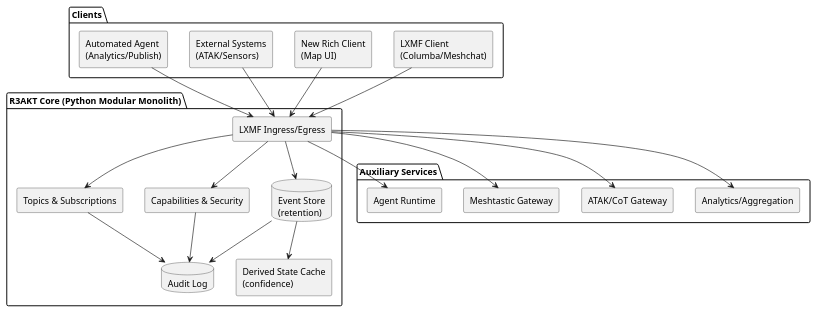
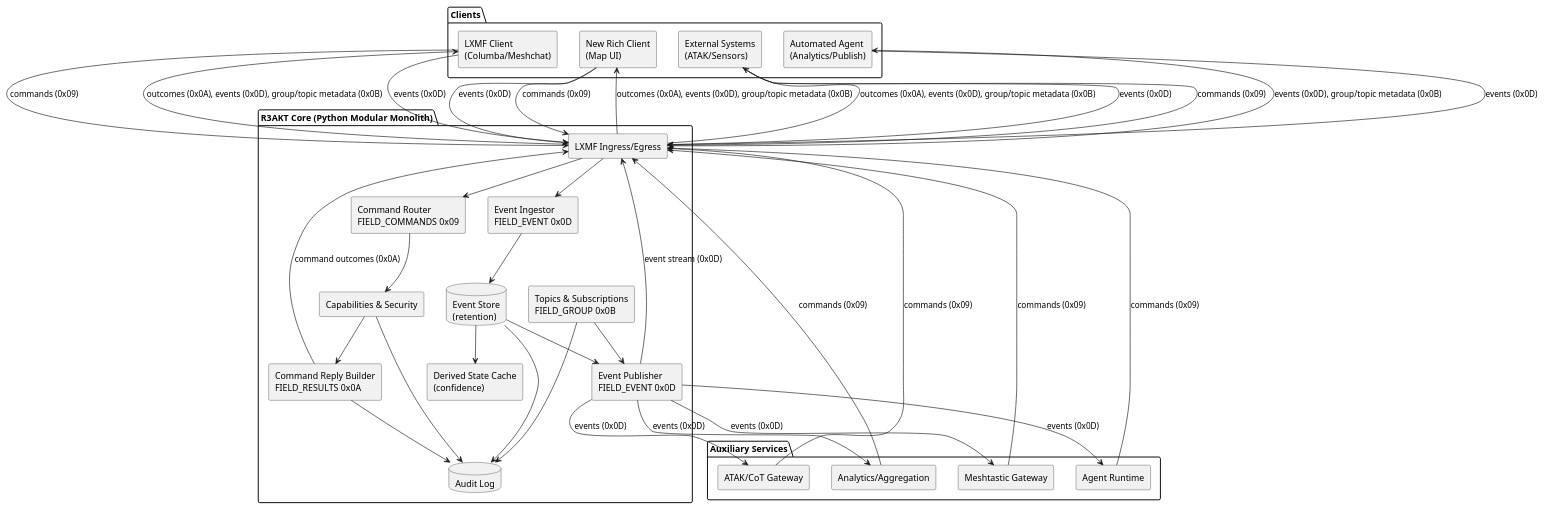
One commit to FreeTAKTeam/R3AKT changed the diagram in docs/architecture/R3AKT_Component_Diagram.puml. Above: the diagram before and after it, drawn with PlantUML. The commit also changed 19 other files, not shown here.

```diff
--- a/docs/architecture/R3AKT_Component_Diagram.puml
+++ b/docs/architecture/R3AKT_Component_Diagram.puml
@@ -1,44 +1,68 @@
 @startuml
 skinparam componentStyle rectangle
 
 package "Clients" {
   [LXMF Client\n(Columba/Meshchat)] as C1
   [New Rich Client\n(Map UI)] as C2
   [External Systems\n(ATAK/Sensors)] as C3
   [Automated Agent\n(Analytics/Publish)] as C4
 }
 
 package "R3AKT Core (Python Modular Monolith)" {
   [LXMF Ingress/Egress] as LXMF
-  [Topics & Subscriptions] as TOP
+  [Command Router\nFIELD_COMMANDS 0x09] as CMD
+  [Command Reply Builder\nFIELD_RESULTS 0x0A] as RES
+  [Event Ingestor\nFIELD_EVENT 0x0D] as EVI
+  [Event Publisher\nFIELD_EVENT 0x0D] as EVP
+  [Topics & Subscriptions\nFIELD_GROUP 0x0B] as TOP
   [Capabilities & Security] as CAP
   database "Event Store\n(retention)" as EV
   [Derived State Cache\n(confidence)] as ST
   database "Audit Log" as AU
 }
 
 package "Auxiliary Services" {
   [Analytics/Aggregation] as ANA
   [ATAK/CoT Gateway] as COT
   [Meshtastic Gateway] as MESH
   [Agent Runtime] as AGT
 }
 
-C1 --> LXMF
-C2 --> LXMF
-C3 --> LXMF
-C4 --> LXMF
+C1 --> LXMF : commands (0x09)
+C2 --> LXMF : commands (0x09)
+C3 --> LXMF : commands (0x09)
+C1 --> LXMF : events (0x0D)
+C2 --> LXMF : events (0x0D)
+C3 --> LXMF : events (0x0D)
+C4 --> LXMF : events (0x0D)
 
-LXMF --> TOP
-LXMF --> CAP
-LXMF --> EV
+LXMF --> CMD
+LXMF --> EVI
+CMD --> CAP
+CAP --> RES
+EVI --> EV
 EV --> ST
+EV --> EVP
+TOP --> EVP
+RES --> LXMF : command outcomes (0x0A)
+EVP --> LXMF : event stream (0x0D)
 CAP --> AU
 TOP --> AU
 EV --> AU
+RES --> AU
 
-LXMF --> ANA
-LXMF --> COT
-LXMF --> MESH
-LXMF --> AGT
+ANA --> LXMF : commands (0x09)
+COT --> LXMF : commands (0x09)
+MESH --> LXMF : commands (0x09)
+AGT --> LXMF : commands (0x09)
+
+EVP --> ANA : events (0x0D)
+EVP --> COT : events (0x0D)
+EVP --> MESH : events (0x0D)
+EVP --> AGT : events (0x0D)
+
+LXMF --> C1 : outcomes (0x0A), events (0x0D), group/topic metadata (0x0B)
+LXMF --> C2 : outcomes (0x0A), events (0x0D), group/topic metadata (0x0B)
+LXMF --> C3 : outcomes (0x0A), events (0x0D), group/topic metadata (0x0B)
+LXMF --> C4 : events (0x0D), group/topic metadata (0x0B)
 @enduml
```
